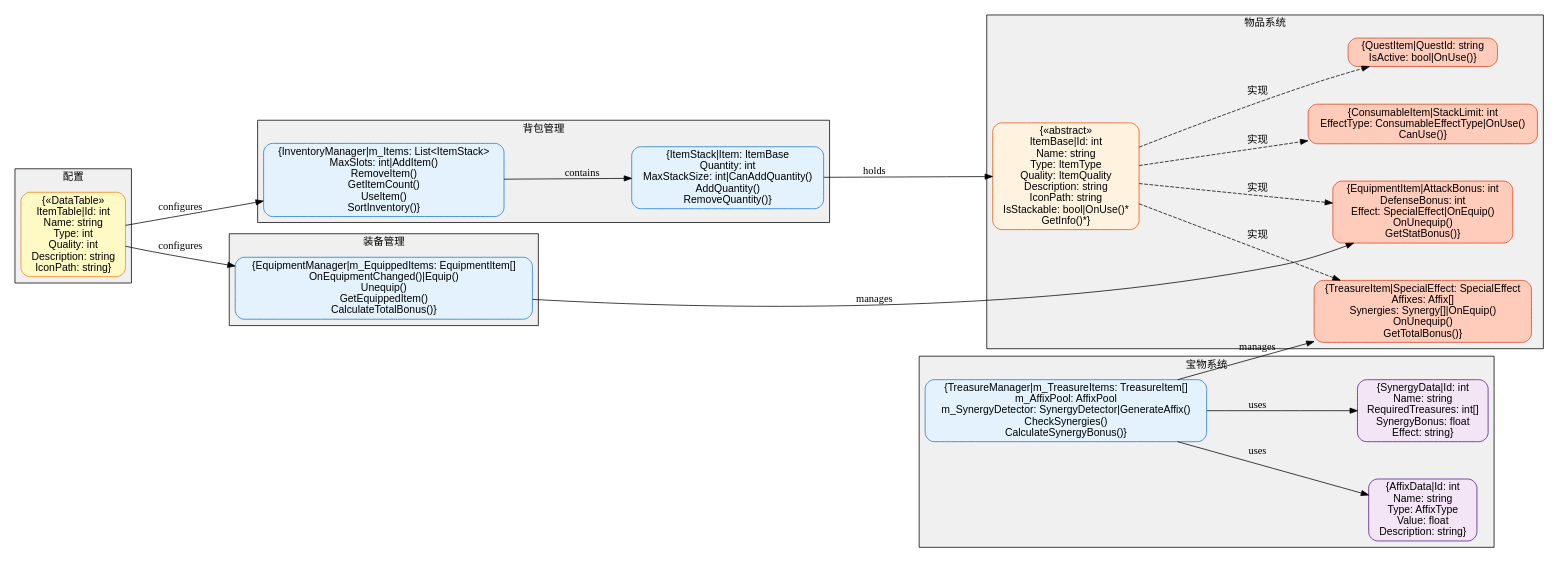
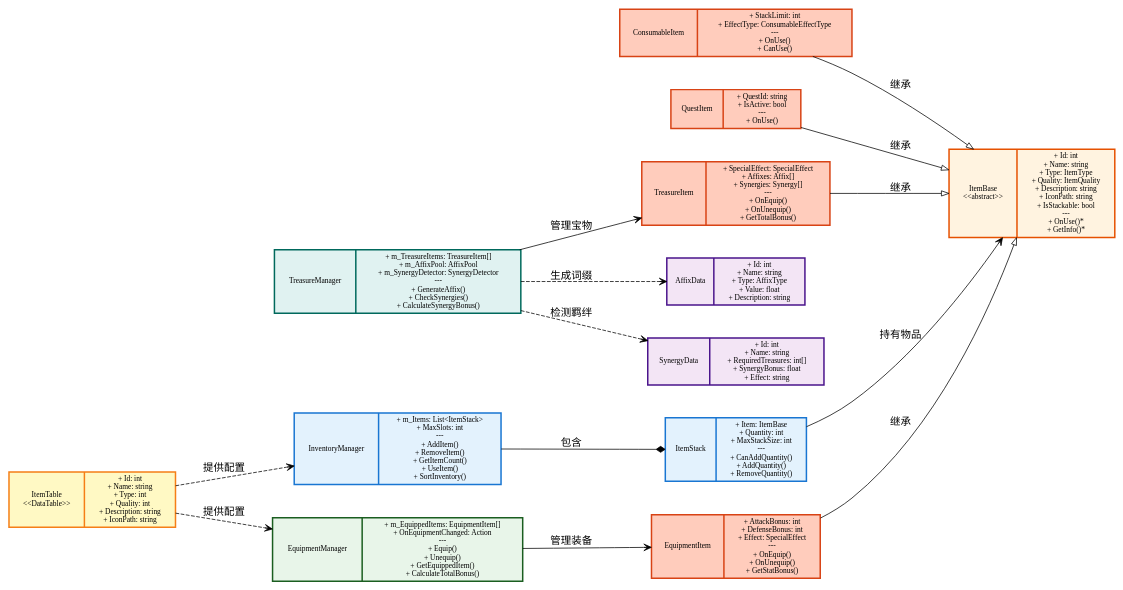
The diagram in 项目知识库（AI）/图表资源/06_物品系统类图.md (TXYzznc/GP), drawn with Graphviz before and after one commit. The commit also changed 8 other files, not shown here.

Commit message:
chore: 同步 Prefab、工程配置和知识库图表更新

````diff
--- a/项目知识库（AI）/图表资源/06_物品系统类图.md
+++ b/项目知识库（AI）/图表资源/06_物品系统类图.md
@@ -3,87 +3,55 @@
 ```dot
-// 物品系统类图 - Graphviz DOT格式
-// 强制正交线条，从左到右显示类关系
 digraph ItemSystemClassDiagram {
-    graph [
-        rankdir=LR
-        splines=orthogonal
-        nodesep=0.7
-        ranksep=1.0
-        fontname="SimHei,sans-serif"
-    ]
+    rankdir=LR;
+    nodesep=0.6;
+    ranksep=1.0;
+    splines=orthogonal;
     
-    node [shape=box, style="filled,rounded", fontname="SimHei,sans-serif"]
+    node [shape=box, style=filled, fontsize=10];
+    edge [arrowhead=vee];
     
-    // 物品基类
-    subgraph cluster_item {
-        label="物品系统"
-        style=filled
-        fillcolor="#f0f0f0"
-        
-        ItemBase [label="{«abstract»\nItemBase|Id: int\nName: string\nType: ItemType\nQuality: ItemQuality\nDescription: string\nIconPath: string\nIsStackable: bool|OnUse()*\nGetInfo()*}", fillcolor="#fff3e0", color="#e65100"]
-        ConsumableItem [label="{ConsumableItem|StackLimit: int\nEffectType: ConsumableEffectType|OnUse()\nCanUse()}", fillcolor="#ffccbc", color="#d84315"]
-        QuestItem [label="{QuestItem|QuestId: string\nIsActive: bool|OnUse()}", fillcolor="#ffccbc", color="#d84315"]
-        TreasureItem [label="{TreasureItem|SpecialEffect: SpecialEffect\nAffixes: Affix[]\nSynergies: Synergy[]|OnEquip()\nOnUnequip()\nGetTotalBonus()}", fillcolor="#ffccbc", color="#d84315"]
-        EquipmentItem [label="{EquipmentItem|AttackBonus: int\nDefenseBonus: int\nEffect: SpecialEffect|OnEquip()\nOnUnequip()\nGetStatBonus()}", fillcolor="#ffccbc", color="#d84315"]
-    }
+    ItemBase [label="{ItemBase\n\<\<abstract\>\>|+ Id: int\n+ Name: string\n+ Type: ItemType\n+ Quality: ItemQuality\n+ Description: string\n+ IconPath: string\n+ IsStackable: bool\n---\n+ OnUse()*\n+ GetInfo()*}", shape=record, fillcolor="#fff3e0", color="#e65100", penwidth=2];
     
-    // 背包管理
-    subgraph cluster_inventory {
-        label="背包管理"
-        style=filled
-        fillcolor="#f0f0f0"
-        
-        InventoryManager [label="{InventoryManager|m_Items: List\<ItemStack\>\nMaxSlots: int|AddItem()\nRemoveItem()\nGetItemCount()\nUseItem()\nSortInventory()}", fillcolor="#e3f2fd", color="#1976d2"]
-        ItemStack [label="{ItemStack|Item: ItemBase\nQuantity: int\nMaxStackSize: int|CanAddQuantity()\nAddQuantity()\nRemoveQuantity()}", fillcolor="#e3f2fd", color="#1976d2"]
-    }
+    ConsumableItem [label="{ConsumableItem|+ StackLimit: int\n+ EffectType: ConsumableEffectType\n---\n+ OnUse()\n+ CanUse()}", shape=record, fillcolor="#ffccbc", color="#d84315", penwidth=2];
     
-    // 装备管理
-    subgraph cluster_equipment {
-        label="装备管理"
-        style=filled
-        fillcolor="#f0f0f0"
-        
-        EquipmentManager [label="{EquipmentManager|m_EquippedItems: EquipmentItem[]\nOnEquipmentChanged()|Equip()\nUnequip()\nGetEquippedItem()\nCalculateTotalBonus()}", fillcolor="#e3f2fd", color="#1976d2"]
-    }
+    QuestItem [label="{QuestItem|+ QuestId: string\n+ IsActive: bool\n---\n+ OnUse()}", shape=record, fillcolor="#ffccbc", color="#d84315", penwidth=2];
     
-    // 宝物系统
-    subgraph cluster_treasure {
-        label="宝物系统"
-        style=filled
-        fillcolor="#f0f0f0"
-        
-        TreasureManager [label="{TreasureManager|m_TreasureItems: TreasureItem[]\nm_AffixPool: AffixPool\nm_SynergyDetector: SynergyDetector|GenerateAffix()\nCheckSynergies()\nCalculateSynergyBonus()}", fillcolor="#e3f2fd", color="#1976d2"]
-        AffixData [label="{AffixData|Id: int\nName: string\nType: AffixType\nValue: float\nDescription: string}", fillcolor="#f3e5f5", color="#4a148c"]
-        SynergyData [label="{SynergyData|Id: int\nName: string\nRequiredTreasures: int[]\nSynergyBonus: float\nEffect: string}", fillcolor="#f3e5f5", color="#4a148c"]
-    }
+    TreasureItem [label="{TreasureItem|+ SpecialEffect: SpecialEffect\n+ Affixes: Affix[]\n+ Synergies: Synergy[]\n---\n+ OnEquip()\n+ OnUnequip()\n+ GetTotalBonus()}", shape=record, fillcolor="#ffccbc", color="#d84315", penwidth=2];
     
-    // 配置表
-    subgraph cluster_config {
-        label="配置"
-        style=filled
-        fillcolor="#f0f0f0"
-        
-        ItemTable [label="{«DataTable»\nItemTable|Id: int\nName: string\nType: int\nQuality: int\nDescription: string\nIconPath: string}", fillcolor="#fff9c4", color="#f57f17"]
-    }
+    EquipmentItem [label="{EquipmentItem|+ AttackBonus: int\n+ DefenseBonus: int\n+ Effect: SpecialEffect\n---\n+ OnEquip()\n+ OnUnequip()\n+ GetStatBonus()}", shape=record, fillcolor="#ffccbc", color="#d84315", penwidth=2];
+    
+    InventoryManager [label="{InventoryManager|+ m_Items: List\<ItemStack\>\n+ MaxSlots: int\n---\n+ AddItem()\n+ RemoveItem()\n+ GetItemCount()\n+ UseItem()\n+ SortInventory()}", shape=record, fillcolor="#e3f2fd", color="#1976d2", penwidth=2];
+    
+    ItemStack [label="{ItemStack|+ Item: ItemBase\n+ Quantity: int\n+ MaxStackSize: int\n---\n+ CanAddQuantity()\n+ AddQuantity()\n+ RemoveQuantity()}", shape=record, fillcolor="#e3f2fd", color="#1976d2", penwidth=2];
+    
+    EquipmentManager [label="{EquipmentManager|+ m_EquippedItems: EquipmentItem[]\n+ OnEquipmentChanged: Action\n---\n+ Equip()\n+ Unequip()\n+ GetEquippedItem()\n+ CalculateTotalBonus()}", shape=record, fillcolor="#e8f5e9", color="#1b5e20", penwidth=2];
+    
+    TreasureManager [label="{TreasureManager|+ m_TreasureItems: TreasureItem[]\n+ m_AffixPool: AffixPool\n+ m_SynergyDetector: SynergyDetector\n---\n+ GenerateAffix()\n+ CheckSynergies()\n+ CalculateSynergyBonus()}", shape=record, fillcolor="#e0f2f1", color="#00695c", penwidth=2];
+    
+    AffixData [label="{AffixData|+ Id: int\n+ Name: string\n+ Type: AffixType\n+ Value: float\n+ Description: string}", shape=record, fillcolor="#f3e5f5", color="#4a148c", penwidth=2];
+    
+    SynergyData [label="{SynergyData|+ Id: int\n+ Name: string\n+ RequiredTreasures: int[]\n+ SynergyBonus: float\n+ Effect: string}", shape=record, fillcolor="#f3e5f5", color="#4a148c", penwidth=2];
+    
+    ItemTable [label="{ItemTable\n\<\<DataTable\>\>|+ Id: int\n+ Name: string\n+ Type: int\n+ Quality: int\n+ Description: string\n+ IconPath: string}", shape=record, fillcolor="#fff9c4", color="#f57f17", penwidth=2];
     
     // 继承关系
-    ItemBase -> ConsumableItem [label="实现", style=dashed]
-    ItemBase -> QuestItem [label="实现", style=dashed]
-    ItemBase -> TreasureItem [label="实现", style=dashed]
-    ItemBase -> EquipmentItem [label="实现", style=dashed]
+    ConsumableItem -> ItemBase [arrowhead=empty, label="继承"];
+    QuestItem -> ItemBase [arrowhead=empty, label="继承"];
+    TreasureItem -> ItemBase [arrowhead=empty, label="继承"];
+    EquipmentItem -> ItemBase [arrowhead=empty, label="继承"];
     
-    // 包含关系
-    InventoryManager -> ItemStack [label="contains"]
-    ItemStack -> ItemBase [label="holds"]
+    // 组合/聚合关系
+    InventoryManager -> ItemStack [label="包含", arrowhead=diamond];
+    ItemStack -> ItemBase [label="持有物品"];
     
     // 管理关系
-    EquipmentManager -> EquipmentItem [label="manages"]
-    TreasureManager -> TreasureItem [label="manages"]
-    TreasureManager -> AffixData [label="uses"]
-    TreasureManager -> SynergyData [label="uses"]
+    EquipmentManager -> EquipmentItem [label="管理装备"];
+    TreasureManager -> TreasureItem [label="管理宝物"];
+    TreasureManager -> AffixData [label="生成词缀", style=dashed];
+    TreasureManager -> SynergyData [label="检测羁绊", style=dashed];
     
     // 配置关系
-    ItemTable -> InventoryManager [label="configures"]
-    ItemTable -> EquipmentManager [label="configures"]
+    ItemTable -> InventoryManager [label="提供配置", style=dashed];
+    ItemTable -> EquipmentManager [label="提供配置", style=dashed];
 }
 ```
````
